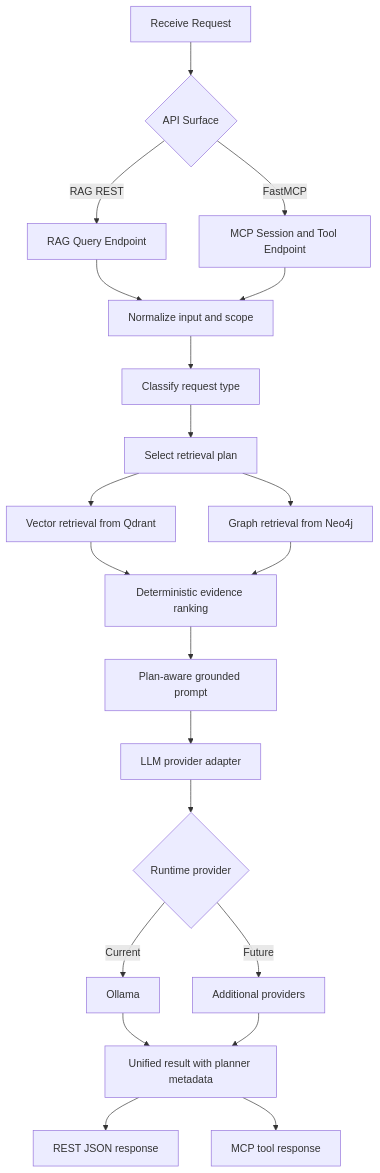
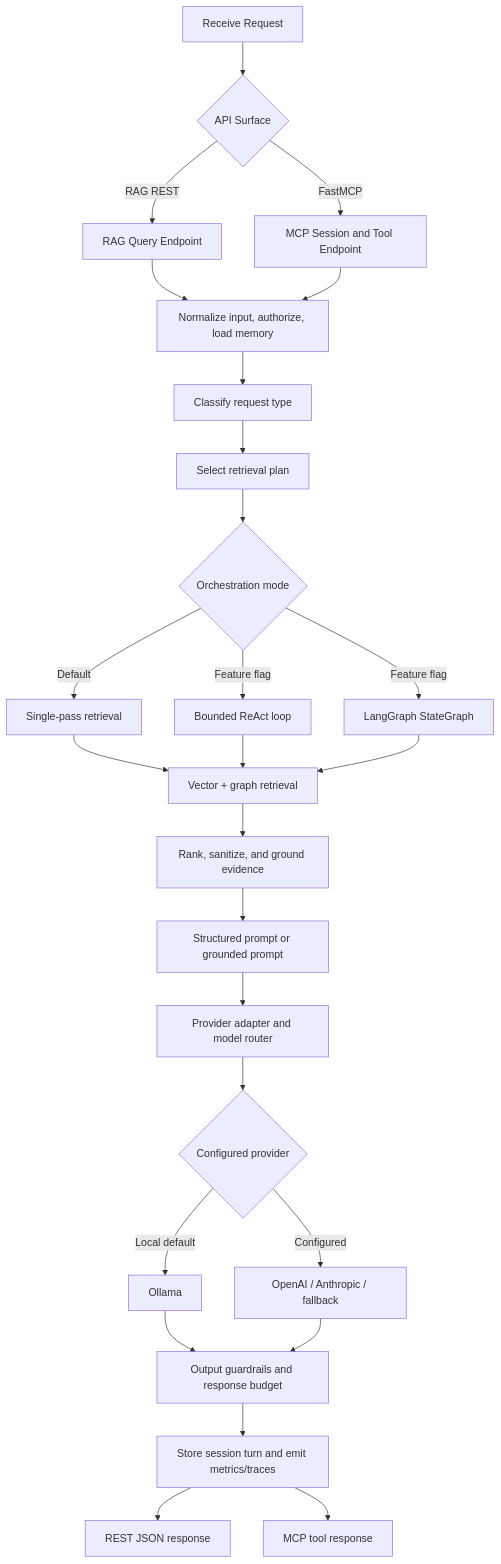
The fourth of 4 diagrams in docs/02_architecture.md (wchen-dea/Agentic-AI-Healthcare-GraphRAG), drawn with Mermaid before and after one commit. The commit also changed other lines of this file and 2 other files, not shown here.

Commit message:
typed delegation within LangGraph state

````diff
--- a/docs/02_architecture.md
+++ b/docs/02_architecture.md
@@ -386,23 +391,28 @@
 ```mermaid
 flowchart TD
   E1[Receive Request] --> E2{API Surface}
   E2 -->|RAG REST| E3[RAG Query Endpoint]
   E2 -->|FastMCP| E4[MCP Session and Tool Endpoint]
-  E3 --> C1[Normalize input and scope]
+  E3 --> C1[Normalize input, authorize, load memory]
   E4 --> C1
   C1 --> C2[Classify request type]
   C2 --> C3[Select retrieval plan]
-  C3 --> C4[Vector retrieval from Qdrant]
-  C3 --> C5[Graph retrieval from Neo4j]
-  C4 --> C6[Deterministic evidence ranking]
-  C5 --> C6
-  C6 --> C7[Plan-aware grounded prompt]
-  C7 --> C8[LLM provider adapter]
-  C8 --> C9{Runtime provider}
-  C9 -->|Current| C10[Ollama]
-  C9 -->|Future| C11[Additional providers]
-  C10 --> C12[Unified result with planner metadata]
-  C11 --> C12
-  C12 --> O1[REST JSON response]
-  C12 --> O2[MCP tool response]
+  C3 --> C4{Orchestration mode}
+  C4 -->|Default| C5[Single-pass retrieval]
+  C4 -->|Feature flag| C6[Bounded ReAct loop]
+  C4 -->|Feature flag| C7[LangGraph StateGraph]
+  C5 --> C8[Vector + graph retrieval]
+  C6 --> C8
+  C7 --> C8
+  C8 --> C9[Rank, sanitize, and ground evidence]
+  C9 --> C10[Structured prompt or grounded prompt]
+  C10 --> C11[Provider adapter and model router]
+  C11 --> C12{Configured provider}
+  C12 -->|Local default| C13[Ollama]
+  C12 -->|Configured| C14[OpenAI / Anthropic / fallback]
+  C13 --> C15[Output guardrails and response budget]
+  C14 --> C15
+  C15 --> C16[Store session turn and emit metrics/traces]
+  C16 --> O1[REST JSON response]
+  C16 --> O2[MCP tool response]
 ```
````
